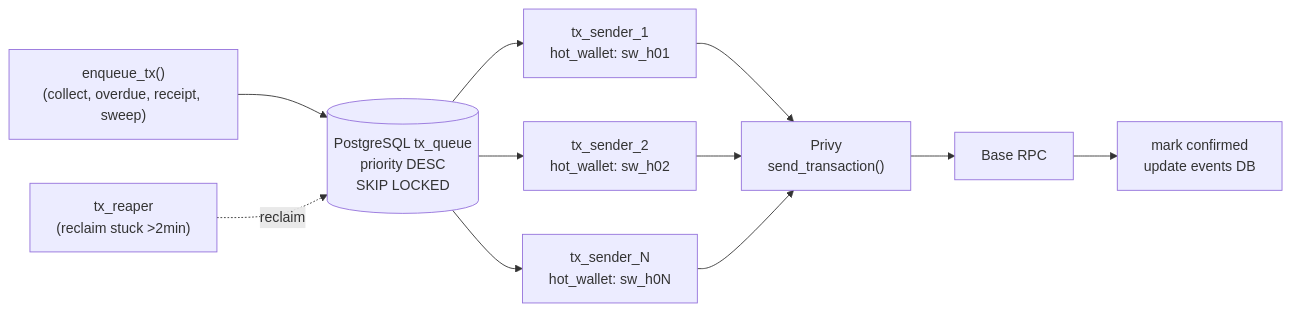
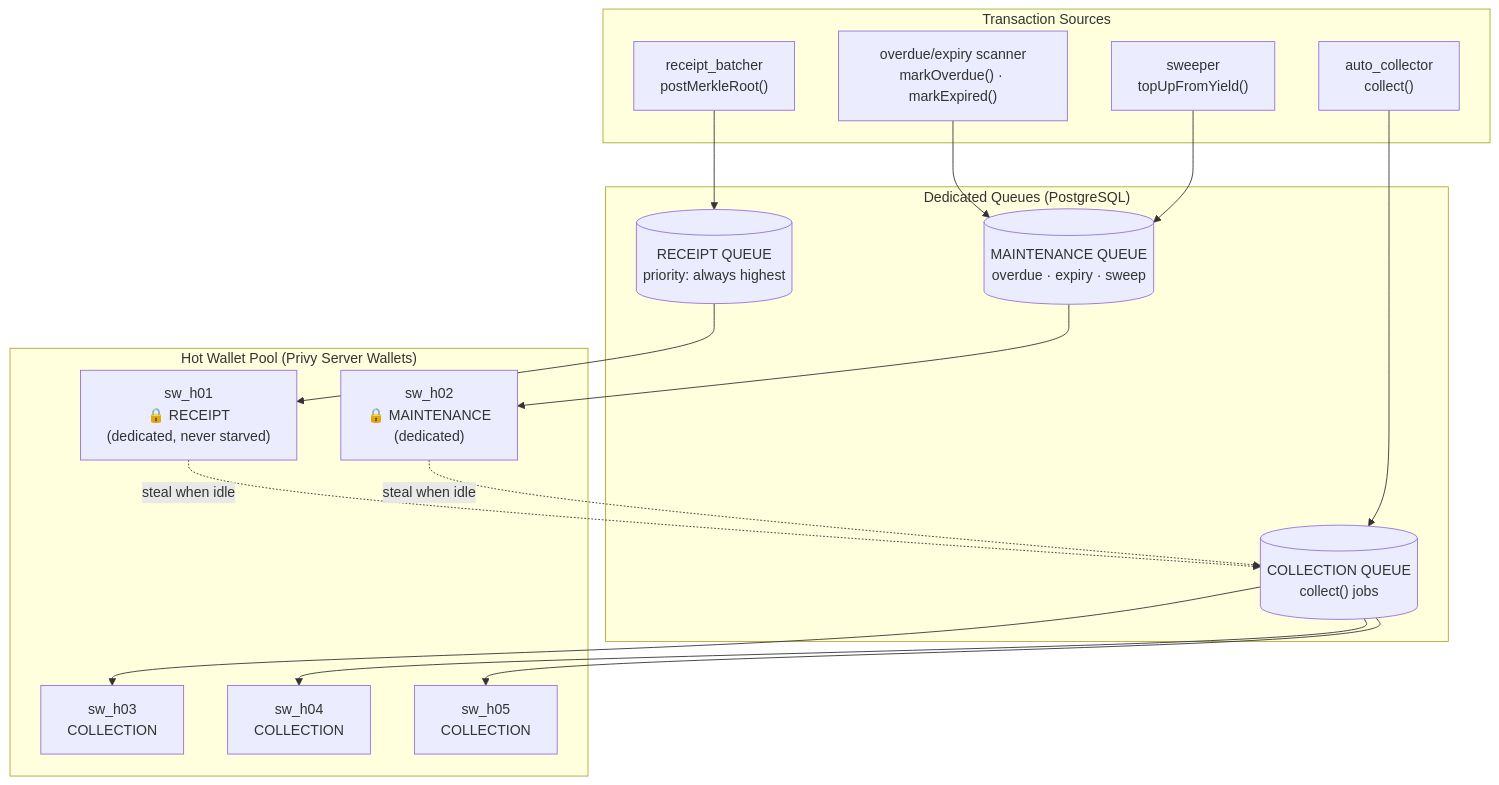
One commit to itsme-boii/archetectures changed the eighth of 9 diagrams in README.md. Above: the diagram before and after it, drawn with Mermaid. The commit also changed other lines of this file, not shown here.

````diff
--- a/README.md
+++ b/README.md
@@ -1706,17 +509,34 @@
 ```mermaid
-flowchart LR
-    SRC["enqueue_tx()<br/>(collect, overdue, receipt, sweep)"]
-    Q[("PostgreSQL tx_queue<br/>priority DESC<br/>SKIP LOCKED")]
-    W1["tx_sender_1<br/>hot_wallet: sw_h01"]
-    W2["tx_sender_2<br/>hot_wallet: sw_h02"]
-    WN["tx_sender_N<br/>hot_wallet: sw_h0N"]
-    PRIVY["Privy<br/>send_transaction()"]
-    CHAIN["Base RPC"]
-    CONF["mark confirmed<br/>update events DB"]
-    REAPER["tx_reaper<br/>(reclaim stuck >2min)"]
+flowchart TD
+    subgraph Sources["Transaction Sources"]
+        BATCHER["receipt_batcher<br/>postMerkleRoot()"]
+        SCANNER["overdue/expiry scanner<br/>markOverdue() · markExpired()"]
+        SWEEPER["sweeper<br/>topUpFromYield()"]
+        COLLECTOR["auto_collector<br/>collect()"]
+    end
 
-    SRC --> Q
-    Q --> W1 & W2 & WN
-    W1 & W2 & WN --> PRIVY --> CHAIN --> CONF
-    REAPER -.->|"reclaim"| Q
+    subgraph Queues["Dedicated Queues (PostgreSQL)"]
+        RQ[("RECEIPT QUEUE<br/>priority: always highest")]
+        MQ[("MAINTENANCE QUEUE<br/>overdue · expiry · sweep")]
+        CQ[("COLLECTION QUEUE<br/>collect() jobs")]
+    end
+
+    subgraph Wallets["Hot Wallet Pool (Privy Server Wallets)"]
+        W1["sw_h01<br/>🔒 RECEIPT<br/>(dedicated, never starved)"]
+        W2["sw_h02<br/>🔒 MAINTENANCE<br/>(dedicated)"]
+        W3["sw_h03<br/>COLLECTION"]
+        W4["sw_h04<br/>COLLECTION"]
+        W5["sw_h05<br/>COLLECTION"]
+    end
+
+    BATCHER --> RQ
+    SCANNER & SWEEPER --> MQ
+    COLLECTOR --> CQ
+
+    RQ --> W1
+    MQ --> W2
+    CQ --> W3 & W4 & W5
+
+    W1 -.->|"steal when idle"| CQ
+    W2 -.->|"steal when idle"| CQ
 ```
````
